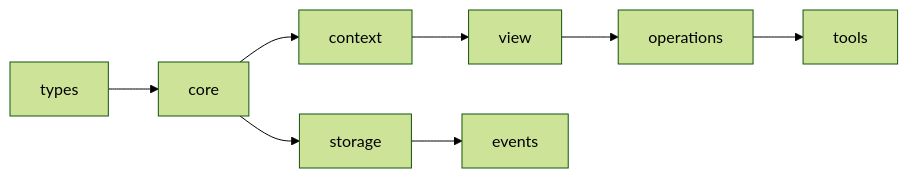
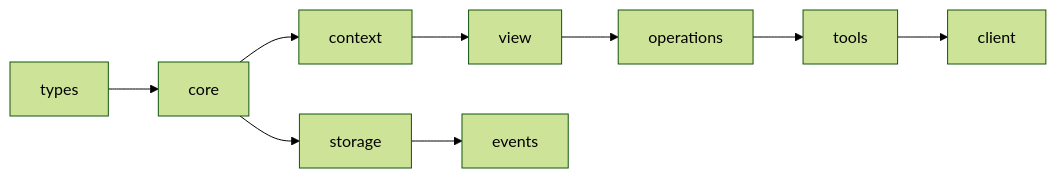
One commit to IamK77/Cascade changed the first of 3 diagrams in docs/architecture.md. Above: the diagram before and after it, drawn with Mermaid (forest theme). The commit also changed other lines of this file and 4 other files, not shown here.

````diff
--- a/docs/architecture.md
+++ b/docs/architecture.md
@@ -14,11 +14,12 @@
 ```mermaid
 graph LR
     types --> core
     core --> context
     context --> view
     view --> operations
     operations --> tools
+    tools --> client
 
     core --> storage
     storage --> events
 ```
````
